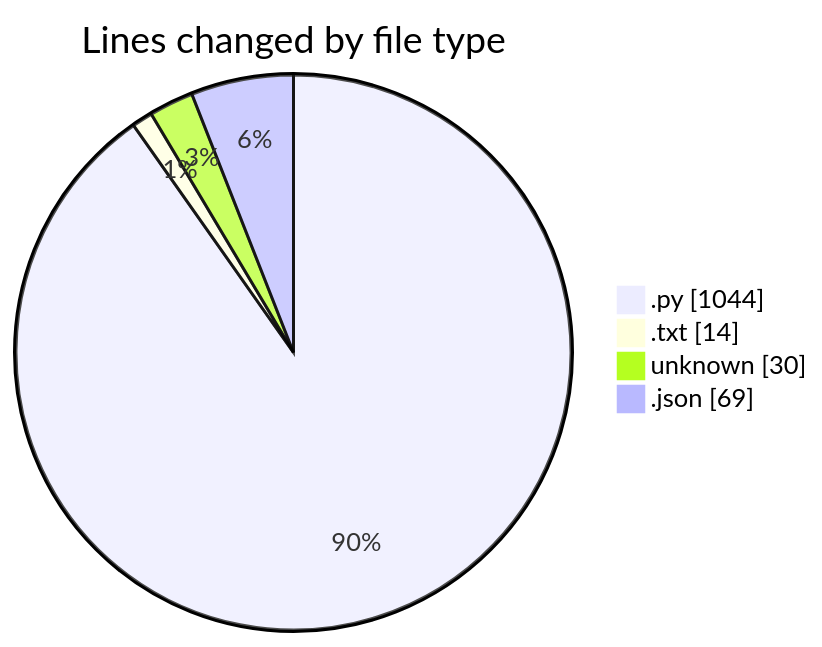
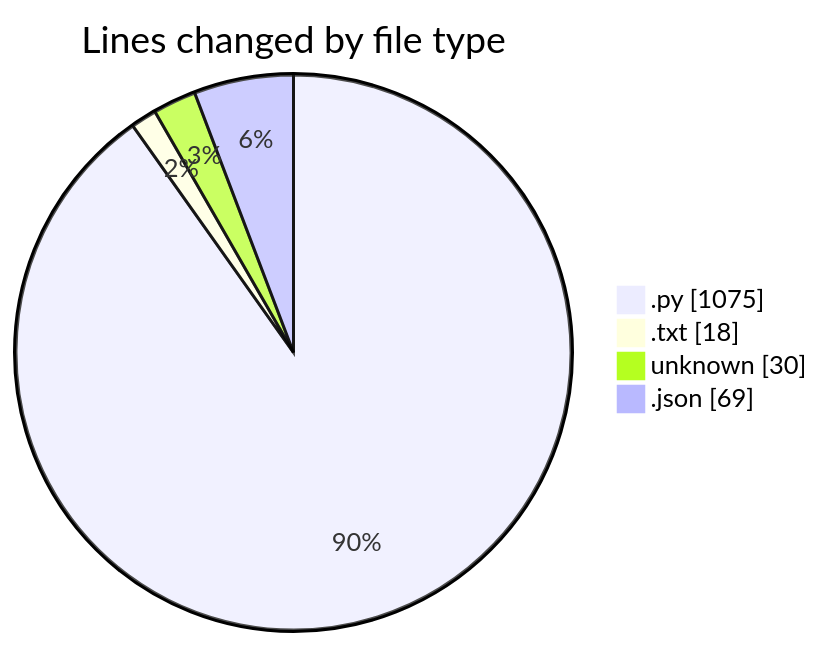
One commit to Unknowalive/code-tracking changed the first of 2 diagrams in 2026-07-03/researchlens/README.md. Above: the diagram before and after it, drawn with Mermaid. The commit also changed other lines of this file and 1 other file, not shown here.

````diff
--- a/2026-07-03/researchlens/README.md
+++ b/2026-07-03/researchlens/README.md
@@ -34,8 +34,8 @@
 ```mermaid
 pie showData
 title Lines changed by file type
-".py" : 1044
-".txt" : 14
+".py" : 1075
+".txt" : 18
 "unknown" : 30
 ".json" : 69
 ```
````
